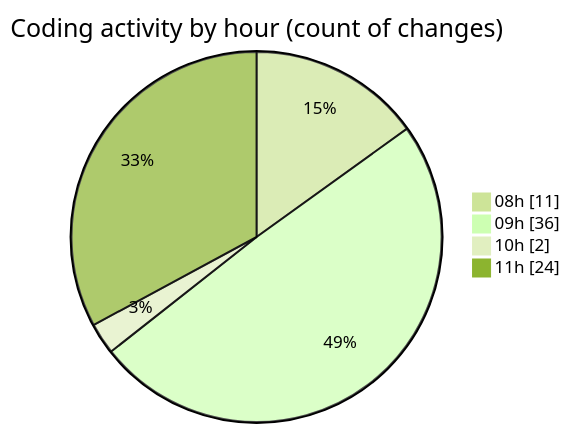
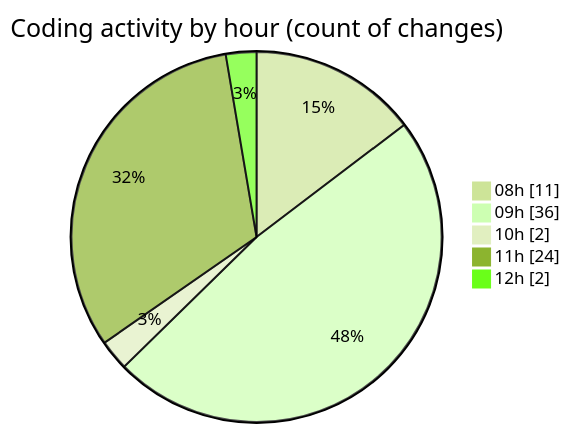
Before and after one commit to MatusMokan/code-tracking: the second of 2 diagrams in 2025-11-15/untitled__workspace_/README.md, drawn with Mermaid (forest theme). The commit also changed other lines of this file and 1 other file, not shown here.

````diff
--- a/2025-11-15/untitled__workspace_/README.md
+++ b/2025-11-15/untitled__workspace_/README.md
@@ -38,8 +38,9 @@
 ```mermaid
 pie showData
 title Coding activity by hour (count of changes)
 "08h" : 11
 "09h" : 36
 "10h" : 2
 "11h" : 24
+"12h" : 2
 ```
````
